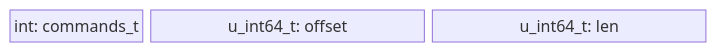
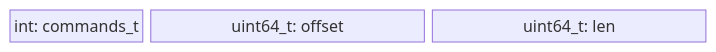
Before and after one commit to rawstor/rawstor_ost: the second of 2 diagrams in README.md, drawn with Mermaid. The commit also changed 3 other files, not shown here.

````diff
--- a/README.md
+++ b/README.md
@@ -58,5 +58,5 @@
 ```mermaid
 block-beta
   columns 8
-  a["int: commands_t"]:1 b["u_int64_t: offset"]:2 c["u_int64_t: len"]:2
+  a["int: commands_t"]:1 b["uint64_t: offset"]:2 c["uint64_t: len"]:2
 ```
````
